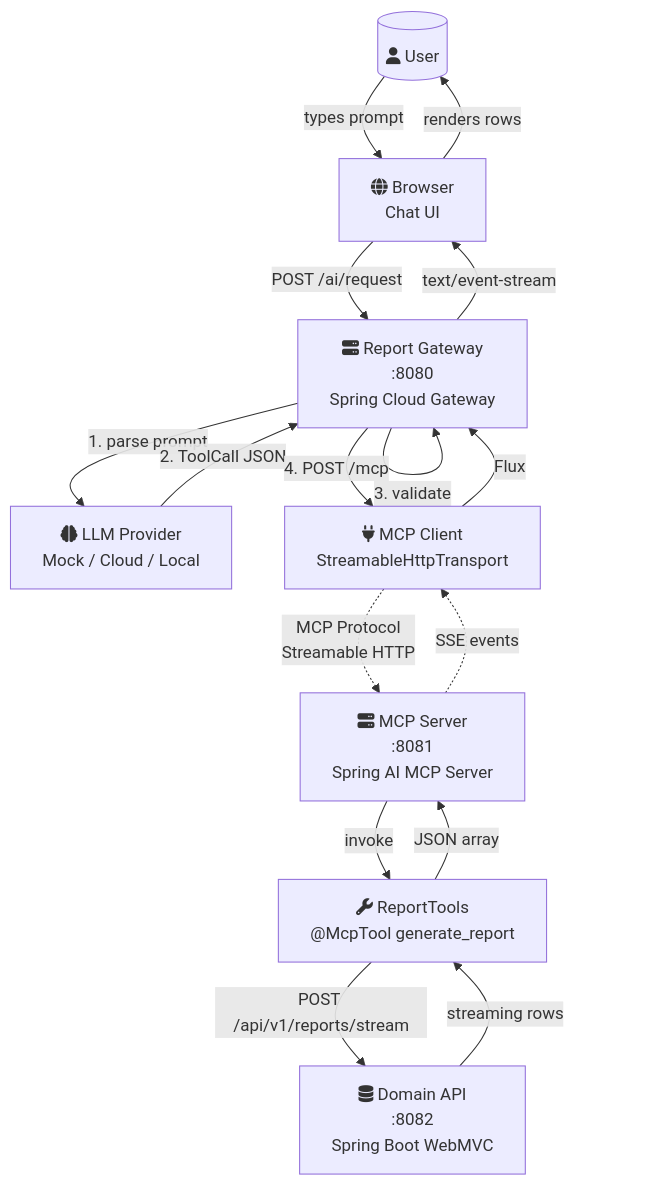
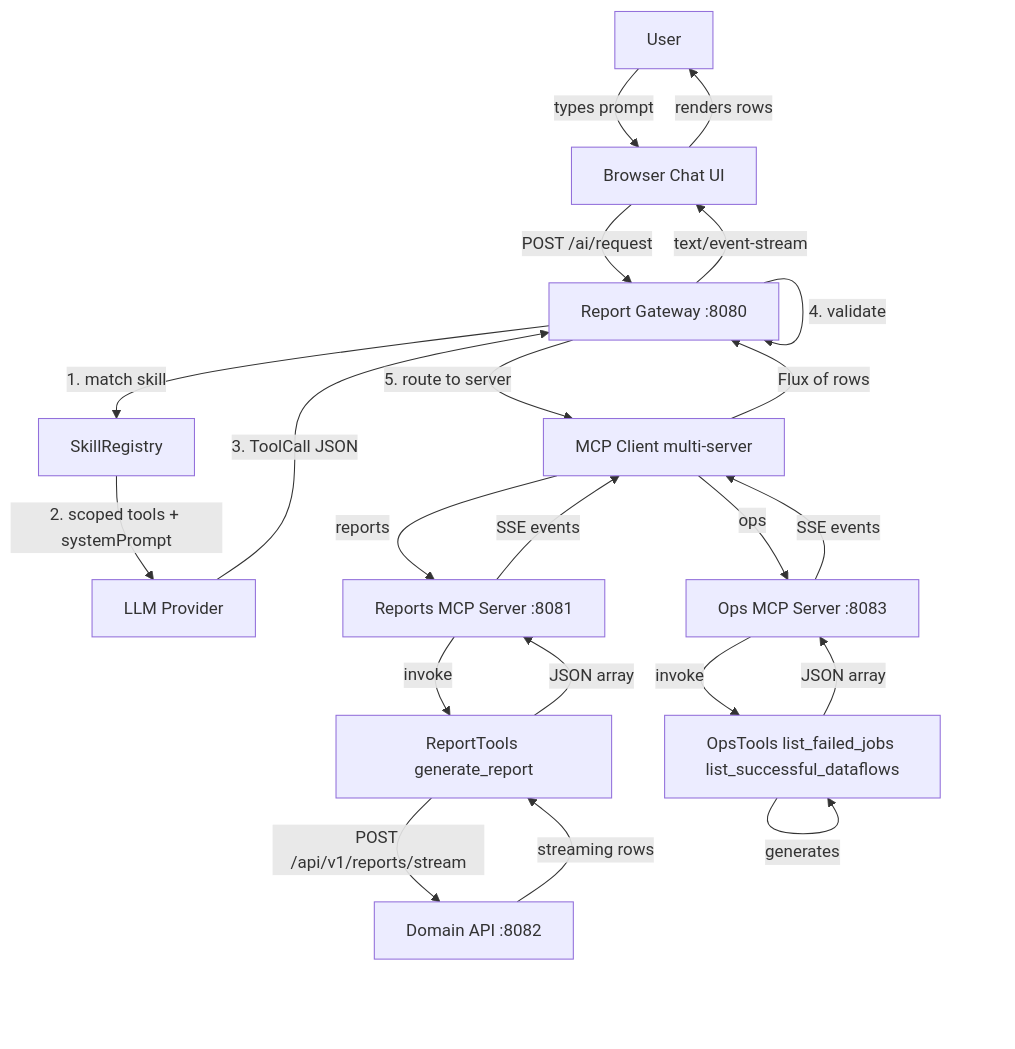
The first of 11 diagrams in docs/ARCHITECTURE_V2.md (rajashashankmuppirala/mcp-poc), drawn with Mermaid before and after one commit. The commit also changed other lines of this file and 32 other files, not shown here.

````diff
--- a/docs/ARCHITECTURE_V2.md
+++ b/docs/ARCHITECTURE_V2.md
@@ -13,27 +13,36 @@
 ```mermaid
 flowchart TD
-    User[("fa:fa-user User")]
-    Browser["fa:fa-globe Browser\nChat UI"]
-    Gateway["fa:fa-server Report Gateway\n:8080\nSpring Cloud Gateway"]
-    LLM["fa:fa-brain LLM Provider\nMock / Cloud / Local"]
-    MCPClient["fa:fa-plug MCP Client\nStreamableHttpTransport"]
-    MCPServer["fa:fa-server MCP Server\n:8081\nSpring AI MCP Server"]
-    ReportTools["fa:fa-wrench ReportTools\n@McpTool generate_report"]
-    DomainAPI["fa:fa-database Domain API\n:8082\nSpring Boot WebMVC"]
+    User[User]
+    Browser[Browser Chat UI]
+    Gateway[Report Gateway :8080]
+    LLM[LLM Provider]
+    SkillReg[SkillRegistry]
+    MCPClient[MCP Client multi-server]
+    ReportsMCP[Reports MCP Server :8081]
+    OpsMCP[Ops MCP Server :8083]
+    ReportTools[ReportTools generate_report]
+    OpsTools[OpsTools list_failed_jobs list_successful_dataflows]
+    DomainAPI[Domain API :8082]
 
-    User -->|"types prompt"| Browser
-    Browser -->|"POST /ai/request"| Gateway
-    Gateway -->|"1. parse prompt"| LLM
-    LLM -->|"2. ToolCall JSON"| Gateway
-    Gateway -->|"3. validate"| Gateway
-    Gateway -->|"4. POST /mcp"| MCPClient
-    MCPClient -. "MCP Protocol\nStreamable HTTP" .-> MCPServer
-    MCPServer -->|"invoke"| ReportTools
-    ReportTools -->|"POST /api/v1/reports/stream"| DomainAPI
-    DomainAPI -->|"streaming rows"| ReportTools
-    ReportTools -->|"JSON array"| MCPServer
-    MCPServer -. "SSE events" .-> MCPClient
-    MCPClient -->|"Flux<String>"| Gateway
-    Gateway -->|"text/event-stream"| Browser
-    Browser -->|"renders rows"| User
+    User -->|types prompt| Browser
+    Browser -->|POST /ai/request| Gateway
+    Gateway -->|1. match skill| SkillReg
+    SkillReg -->|2. scoped tools + systemPrompt| LLM
+    LLM -->|3. ToolCall JSON| Gateway
+    Gateway -->|4. validate| Gateway
+    Gateway -->|5. route to server| MCPClient
+    MCPClient -->|reports| ReportsMCP
+    MCPClient -->|ops| OpsMCP
+    ReportsMCP -->|invoke| ReportTools
+    OpsMCP -->|invoke| OpsTools
+    ReportTools -->|POST /api/v1/reports/stream| DomainAPI
+    OpsTools -->|generates| OpsTools
+    DomainAPI -->|streaming rows| ReportTools
+    ReportTools -->|JSON array| ReportsMCP
+    OpsTools -->|JSON array| OpsMCP
+    ReportsMCP -->|SSE events| MCPClient
+    OpsMCP -->|SSE events| MCPClient
+    MCPClient -->|Flux of rows| Gateway
+    Gateway -->|text/event-stream| Browser
+    Browser -->|renders rows| User
 ```
````
